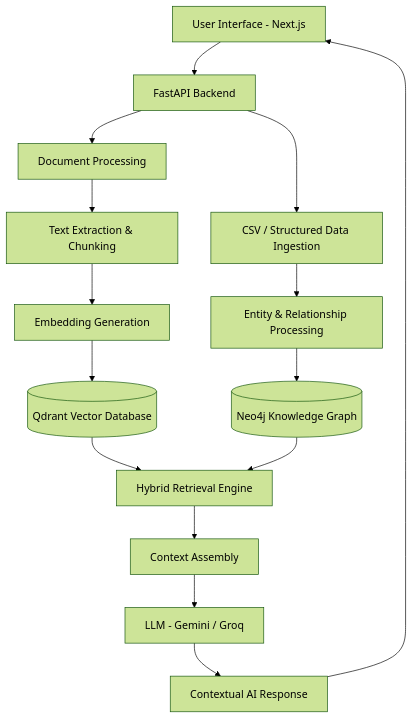
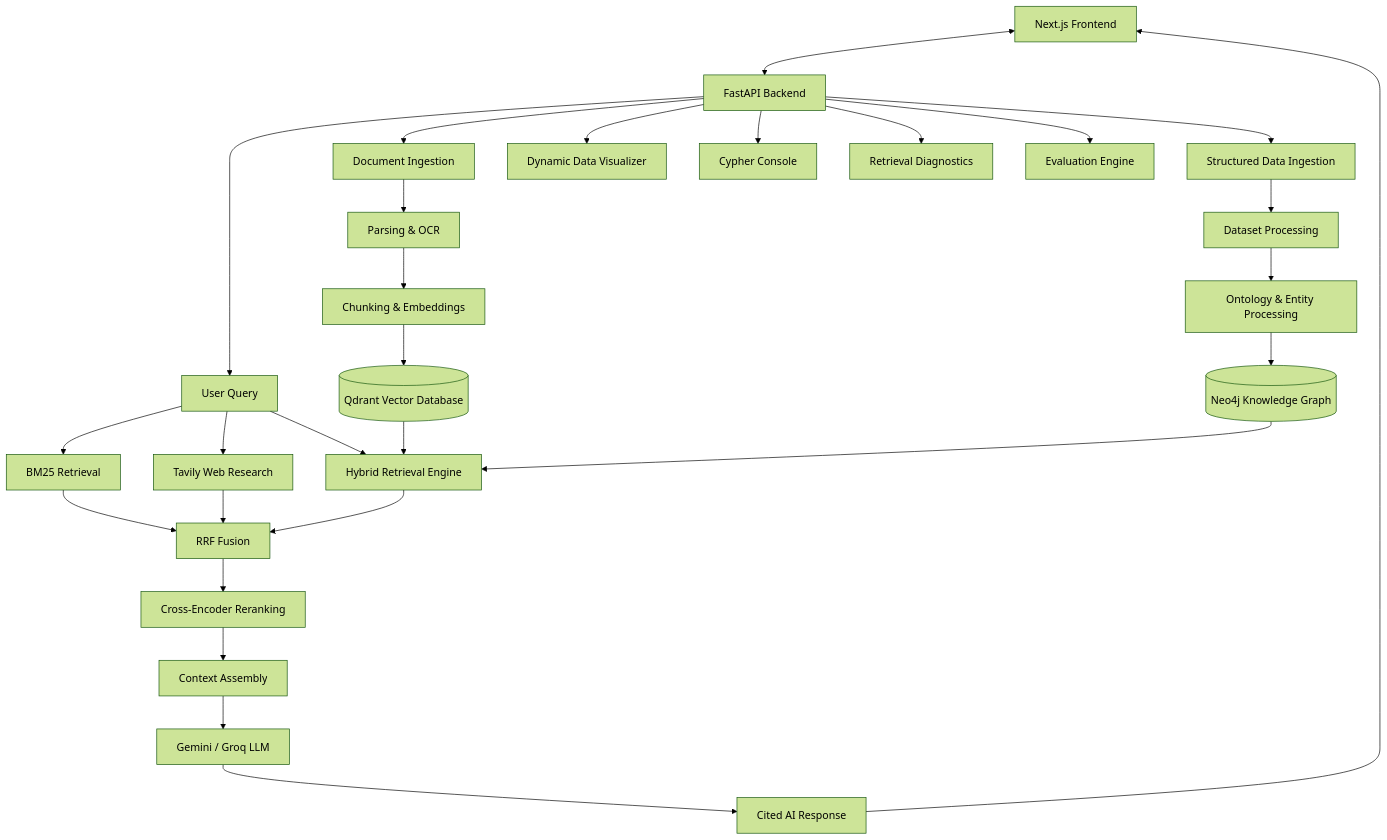
One commit to adrika-mandal-tech/NexusAI changed the third of 3 diagrams in README.md. Above: the diagram before and after it, drawn with Mermaid (forest theme). The commit also changed other lines of this file, not shown here.

````diff
--- a/README.md
+++ b/README.md
@@ -95,23 +411,42 @@
 ```mermaid
 flowchart TD
-    A[User Interface - Next.js] --> B[FastAPI Backend]
+    A[Next.js Frontend] <--> B[FastAPI Backend]
 
-    B --> C[Document Processing]
-    B --> D[CSV / Structured Data Ingestion]
+    B --> C[Document Ingestion]
+    B --> D[Structured Data Ingestion]
+    B --> E[User Query]
 
-    C --> E[Text Extraction & Chunking]
-    D --> F[Entity & Relationship Processing]
+    C --> F[Parsing & OCR]
+    D --> G[Dataset Processing]
 
-    E --> G[Embedding Generation]
-    G --> H[(Qdrant Vector Database)]
+    F --> H[Chunking & Embeddings]
+    G --> I[Ontology & Entity Processing]
 
-    F --> I[(Neo4j Knowledge Graph)]
+    H --> J[(Qdrant Vector Database)]
+    I --> K[(Neo4j Knowledge Graph)]
 
-    H --> J[Hybrid Retrieval Engine]
-    I --> J
+    E --> L[Hybrid Retrieval Engine]
 
-    J --> K[Context Assembly]
-    K --> L[LLM - Gemini / Groq]
-    L --> M[Contextual AI Response]
-    M --> A
+    J --> L
+    K --> L
+
+    E --> M[BM25 Retrieval]
+    E --> N[Tavily Web Research]
+
+    M --> O[RRF Fusion]
+    N --> O
+    L --> O
+
+    O --> P[Cross-Encoder Reranking]
+    P --> Q[Context Assembly]
+
+    Q --> R[Gemini / Groq LLM]
+    R --> S[Cited AI Response]
+
+    B --> T[Dynamic Data Visualizer]
+    B --> U[Cypher Console]
+    B --> V[Retrieval Diagnostics]
+    B --> W[Evaluation Engine]
+
+    S --> A
 ```
````
